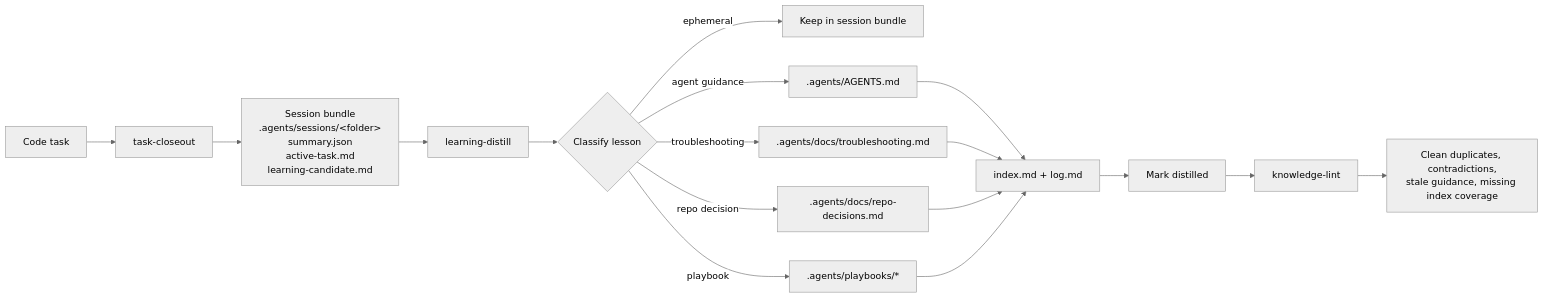
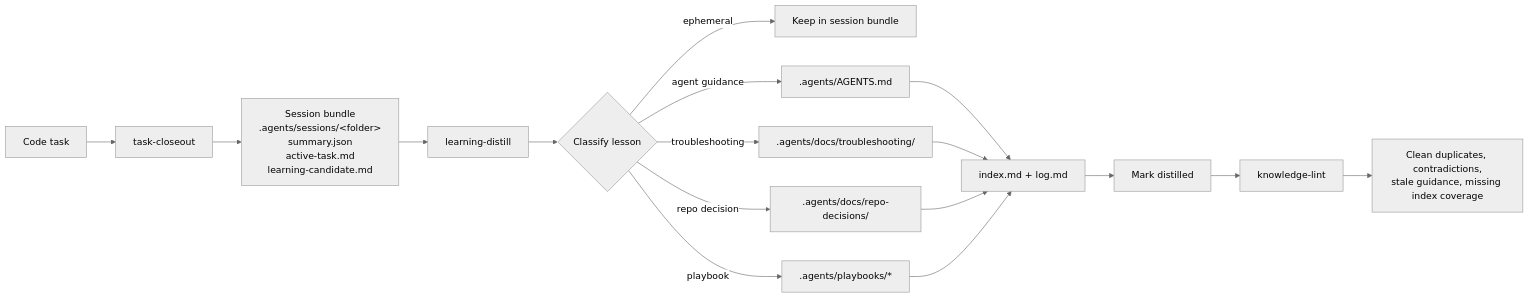
Before and after one commit to Hypercubed/Agent-Knowledge-Starter-Kit: the diagram in README.md, drawn with Mermaid (neutral theme). The commit also changed other lines of this file and 87 other files, not shown here.

````diff
--- a/README.md
+++ b/README.md
@@ -75,23 +77,23 @@
 ```mermaid
 flowchart LR
     A[Code task] --> B[task-closeout]
     B --> C[Session bundle<br/>.agents/sessions/&lt;folder&gt;<br/>summary.json<br/>active-task.md<br/>learning-candidate.md]
 
     C --> D[learning-distill]
     D --> E{Classify lesson}
 
     E -->|ephemeral| F[Keep in session bundle]
     E -->|agent guidance| G[.agents/AGENTS.md]
-    E -->|troubleshooting| H[.agents/docs/troubleshooting.md]
-    E -->|repo decision| I[.agents/docs/repo-decisions.md]
+    E -->|troubleshooting| H[.agents/docs/troubleshooting/]
+    E -->|repo decision| I[.agents/docs/repo-decisions/]
     E -->|playbook| J[.agents/playbooks/*]
 
     G --> K[index.md + log.md]
     H --> K
     I --> K
     J --> K
 
     K --> L[Mark distilled]
     L --> M[knowledge-lint]
     M --> N[Clean duplicates, contradictions,<br/>stale guidance, missing index coverage]
 ```
````
